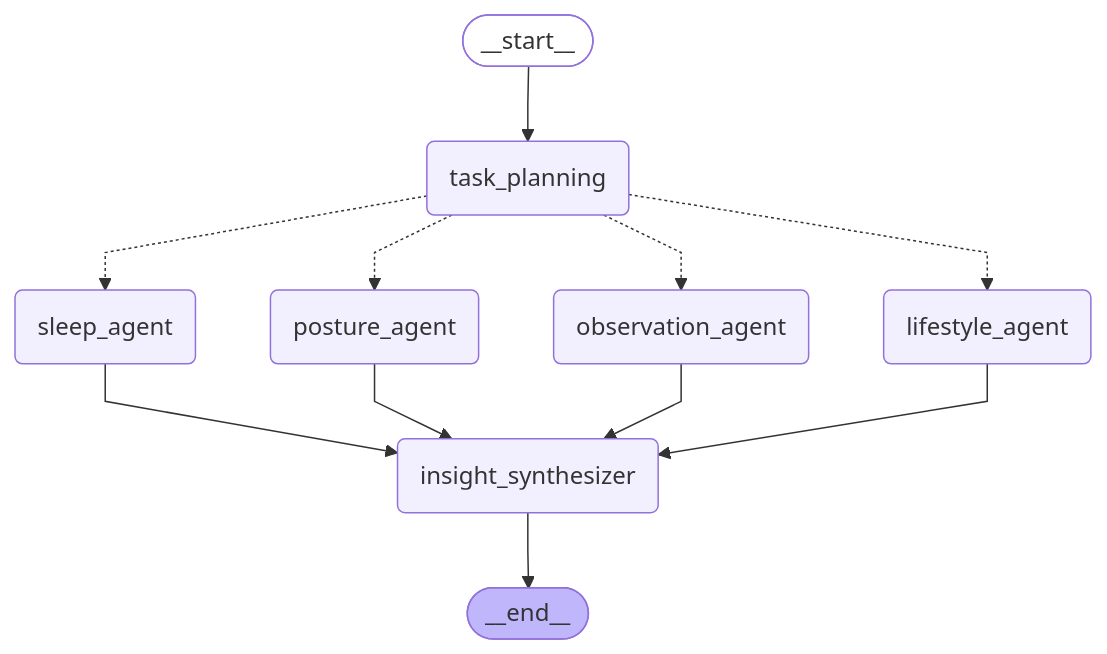
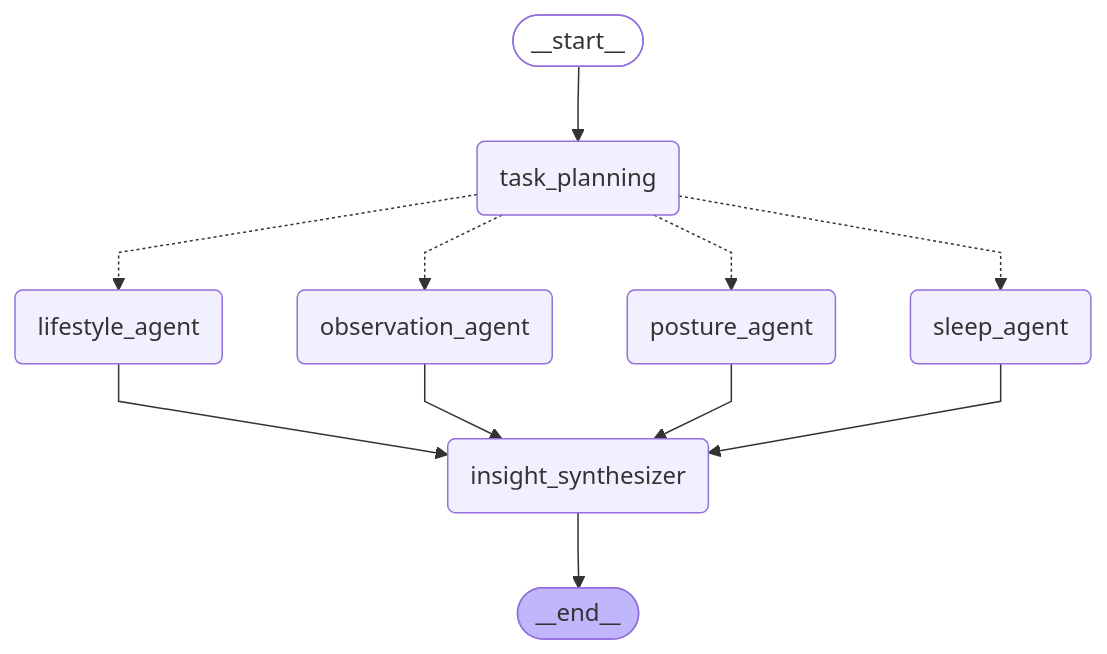
The diagram in docs/graphs/health_graph.mmd (sogang-radai/wave-home-agent), drawn with Mermaid before and after one commit. The commit also changed other lines of this file and 15 other files, not shown here.

First line of the commit message:
fix: keep legacy LangGraph flows working on upgraded langgraph/langchain-google-genai

```diff
--- a/docs/graphs/health_graph.mmd
+++ b/docs/graphs/health_graph.mmd
@@ -1,27 +1,27 @@
 ---
 config:
   flowchart:
     curve: linear
 ---
 graph TD;
 	__start__([<p>__start__</p>]):::first
 	task_planning(task_planning)
 	sleep_agent(sleep_agent)
 	posture_agent(posture_agent)
 	observation_agent(observation_agent)
 	lifestyle_agent(lifestyle_agent)
 	insight_synthesizer(insight_synthesizer)
 	__end__([<p>__end__</p>]):::last
 	__start__ --> task_planning;
+	lifestyle_agent --> insight_synthesizer;
+	observation_agent --> insight_synthesizer;
+	posture_agent --> insight_synthesizer;
+	sleep_agent --> insight_synthesizer;
+	task_planning -.-> lifestyle_agent;
+	task_planning -.-> observation_agent;
+	task_planning -.-> posture_agent;
+	task_planning -.-> sleep_agent;
 	insight_synthesizer --> __end__;
-	task_planning -.-> sleep_agent;
-	sleep_agent --> insight_synthesizer;
-	task_planning -.-> posture_agent;
-	posture_agent --> insight_synthesizer;
-	task_planning -.-> observation_agent;
-	observation_agent --> insight_synthesizer;
-	task_planning -.-> lifestyle_agent;
-	lifestyle_agent --> insight_synthesizer;
 	classDef default fill:#f2f0ff,line-height:1.2
 	classDef first fill-opacity:0
 	classDef last fill:#bfb6fc
```
